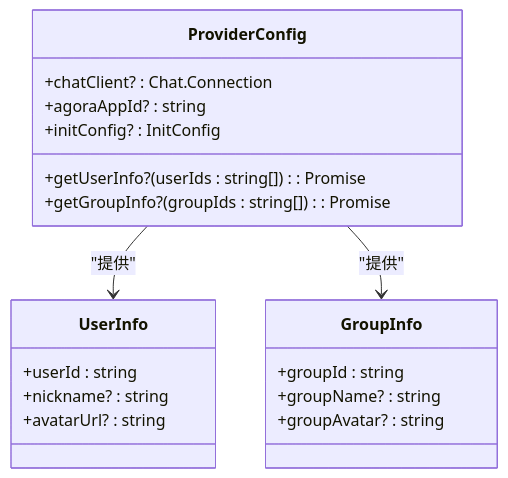
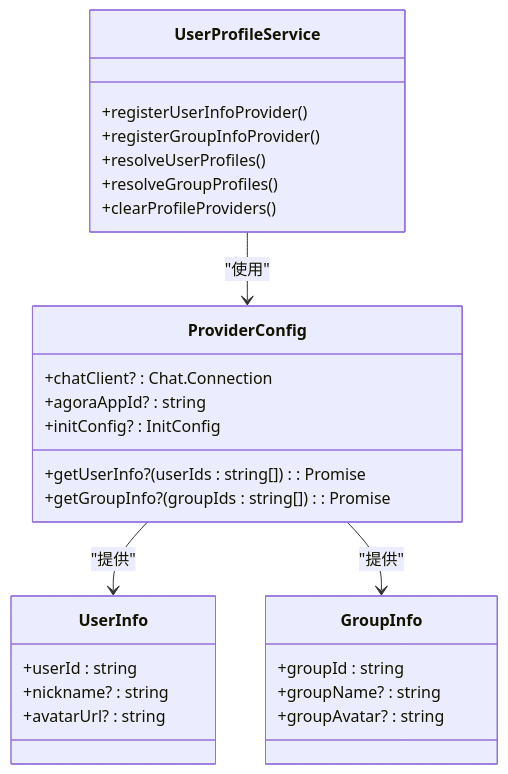
One commit to Easemob-Community/easemob-uikit-callkit-vue3 changed the second of 9 diagrams in .qoder/repowiki/zh/content/服务层/用户资料服务.md. Above: the diagram before and after it, drawn with Mermaid. The commit also changed other lines of this file and 12 other files, not shown here.

First line of the commit message:
feat: call / groupCall 支持主动传入 caller userInfo

````diff
--- a/.qoder/repowiki/zh/content/服务层/用户资料服务.md
+++ b/.qoder/repowiki/zh/content/服务层/用户资料服务.md
@@ -82,22 +108,30 @@
 ```mermaid
 classDiagram
 class ProviderConfig {
 +chatClient? : Chat.Connection
 +agoraAppId? : string
 +initConfig? : InitConfig
 +getUserInfo?(userIds : string[]) : Promise<UserInfo[]>
 +getGroupInfo?(groupIds : string[]) : Promise<GroupInfo[]>
 }
 class UserInfo {
 +userId : string
 +nickname? : string
 +avatarUrl? : string
 }
 class GroupInfo {
 +groupId : string
 +groupName? : string
 +groupAvatar? : string
 }
+class UserProfileService {
++registerUserInfoProvider()
++registerGroupInfoProvider()
++resolveUserProfiles()
++resolveGroupProfiles()
++clearProfileProviders()
+}
 ProviderConfig --> UserInfo : "提供"
 ProviderConfig --> GroupInfo : "提供"
+UserProfileService --> ProviderConfig : "使用"
 ```
````
